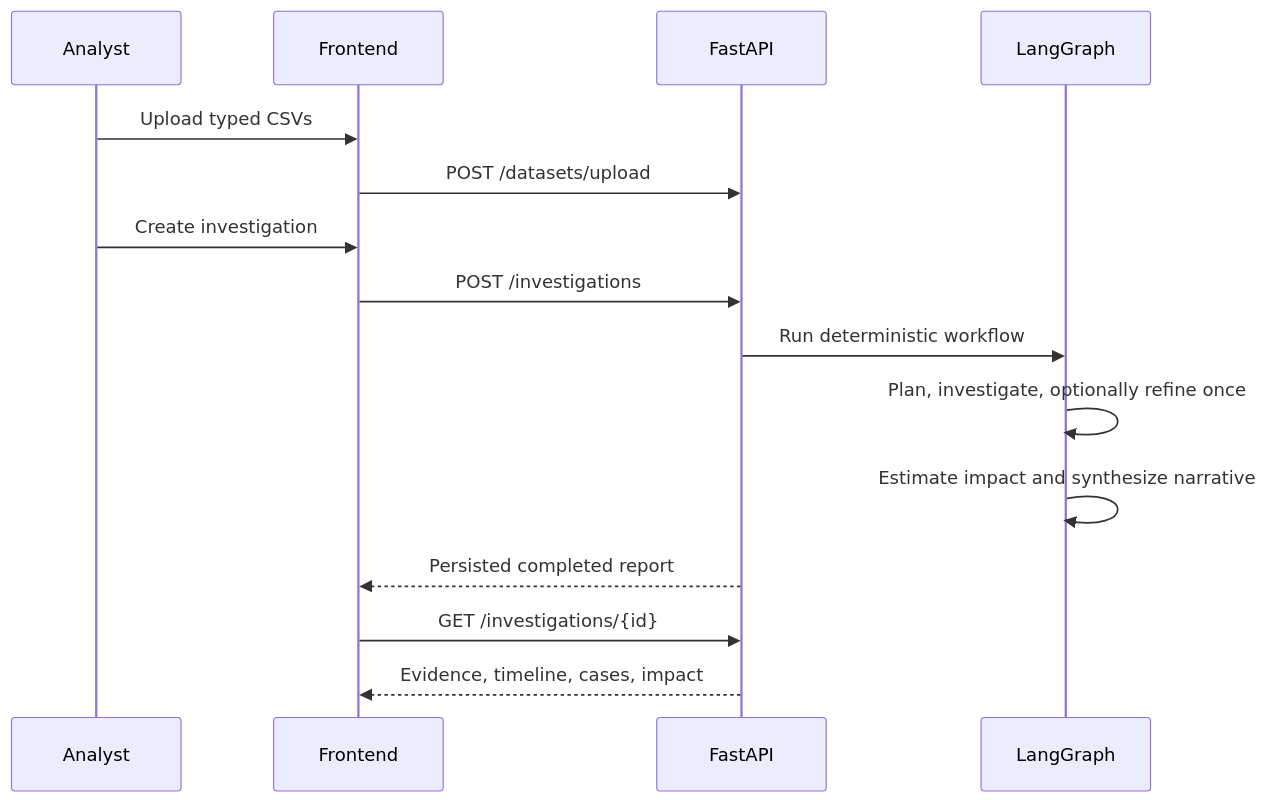
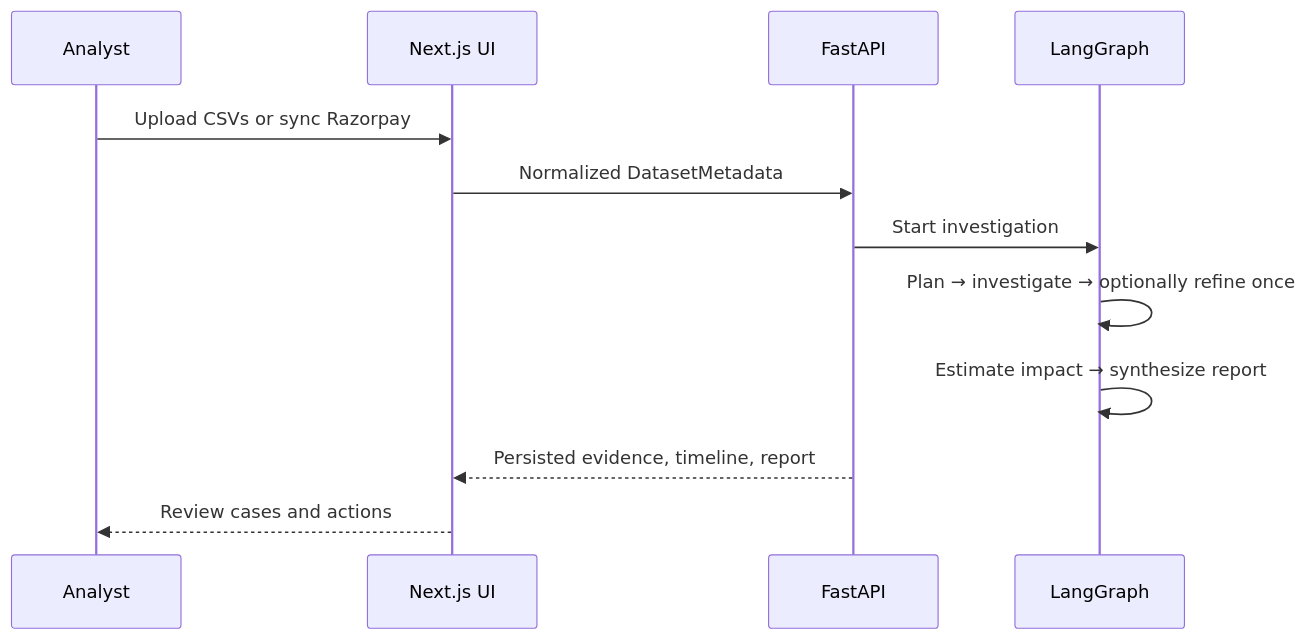
The second of 3 diagrams in README.md (Aadersh2996/profit-forensics-engine), drawn with Mermaid before and after one commit. The commit also changed other lines of this file and 30 other files, not shown here.

````diff
--- a/README.md
+++ b/README.md
@@ -53,17 +60,14 @@
 ```mermaid
 sequenceDiagram
-    participant U as Analyst
-    participant F as Frontend
-    participant A as FastAPI
-    participant G as LangGraph
-    U->>F: Upload typed CSVs
-    F->>A: POST /datasets/upload
-    U->>F: Create investigation
-    F->>A: POST /investigations
-    A->>G: Run deterministic workflow
-    G->>G: Plan, investigate, optionally refine once
-    G->>G: Estimate impact and synthesize narrative
-    A-->>F: Persisted completed report
-    F->>A: GET /investigations/{id}
-    A-->>F: Evidence, timeline, cases, impact
+    participant Analyst
+    participant UI as Next.js UI
+    participant API as FastAPI
+    participant Graph as LangGraph
+    Analyst->>UI: Upload CSVs or sync Razorpay
+    UI->>API: Normalized DatasetMetadata
+    API->>Graph: Start investigation
+    Graph->>Graph: Plan → investigate → optionally refine once
+    Graph->>Graph: Estimate impact → synthesize report
+    API-->>UI: Persisted evidence, timeline, report
+    UI-->>Analyst: Review cases and actions
 ```
````
